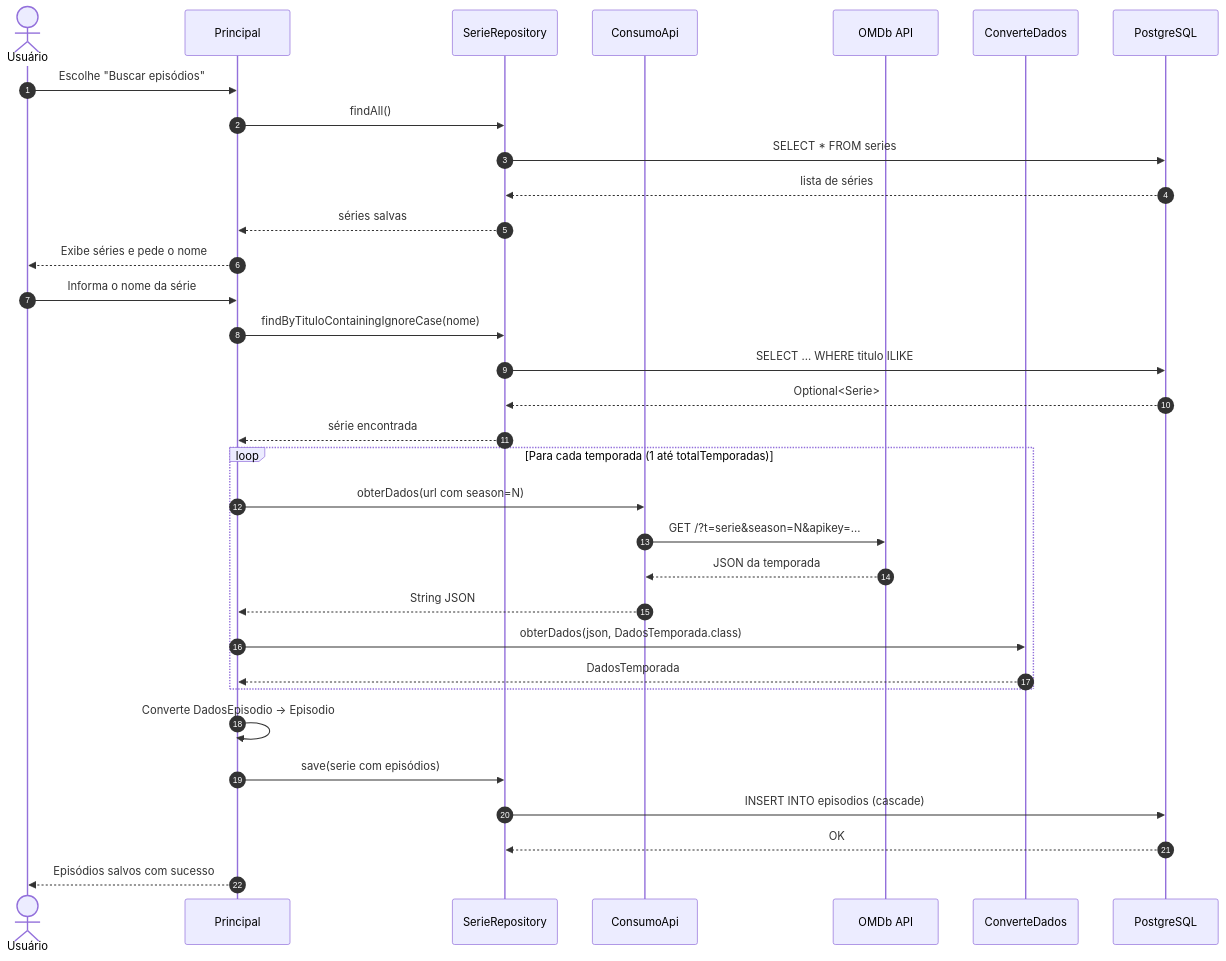
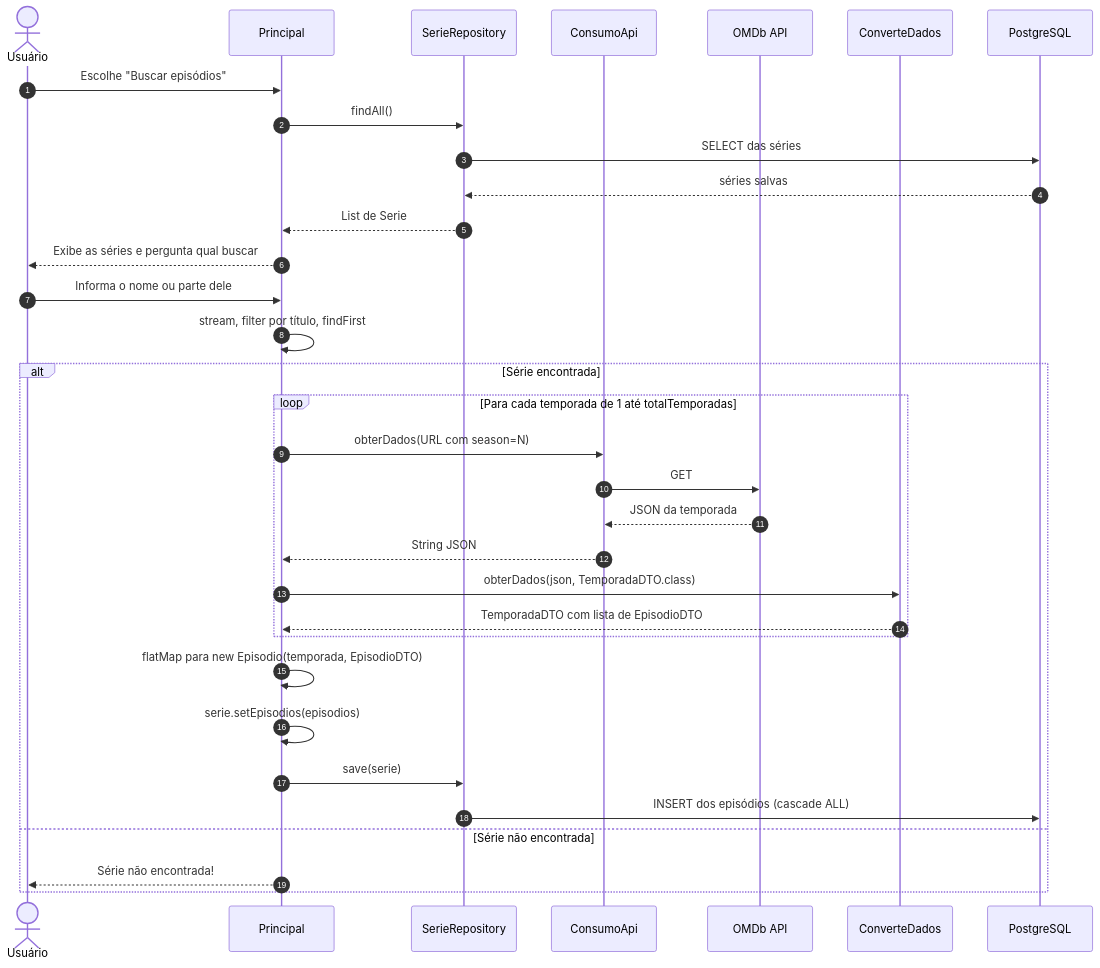
Before and after one commit to IgorPedrol/Screenmatch: the fourth of 5 diagrams in README.md, drawn with Mermaid. The commit also changed other lines of this file, not shown here.

````diff
--- a/README.md
+++ b/README.md
@@ -172,39 +189,37 @@
 ```mermaid
 sequenceDiagram
     autonumber
     actor U as Usuário
     participant P as Principal
     participant R as SerieRepository
     participant C as ConsumoApi
     participant O as OMDb API
     participant V as ConverteDados
     participant DB as PostgreSQL
 
     U->>P: Escolhe "Buscar episódios"
     P->>R: findAll()
-    R->>DB: SELECT * FROM series
-    DB-->>R: lista de séries
-    R-->>P: séries salvas
-    P-->>U: Exibe séries e pede o nome
-    U->>P: Informa o nome da série
+    R->>DB: SELECT das séries
+    DB-->>R: séries salvas
+    R-->>P: List de Serie
+    P-->>U: Exibe as séries e pergunta qual buscar
+    U->>P: Informa o nome ou parte dele
+    P->>P: stream, filter por título, findFirst
 
-    P->>R: findByTituloContainingIgnoreCase(nome)
-    R->>DB: SELECT ... WHERE titulo ILIKE
-    DB-->>R: Optional<Serie>
-    R-->>P: série encontrada
-
-    loop Para cada temporada (1 até totalTemporadas)
-        P->>C: obterDados(url com season=N)
-        C->>O: GET /?t=serie&season=N&apikey=...
-        O-->>C: JSON da temporada
-        C-->>P: String JSON
-        P->>V: obterDados(json, DadosTemporada.class)
-        V-->>P: DadosTemporada
+    alt Série encontrada
+        loop Para cada temporada de 1 até totalTemporadas
+            P->>C: obterDados(URL com season=N)
+            C->>O: GET
+            O-->>C: JSON da temporada
+            C-->>P: String JSON
+            P->>V: obterDados(json, TemporadaDTO.class)
+            V-->>P: TemporadaDTO com lista de EpisodioDTO
+        end
+        P->>P: flatMap para new Episodio(temporada, EpisodioDTO)
+        P->>P: serie.setEpisodios(episodios)
+        P->>R: save(serie)
+        R->>DB: INSERT dos episódios (cascade ALL)
+    else Série não encontrada
+        P-->>U: Série não encontrada!
     end
-
-    P->>P: Converte DadosEpisodio → Episodio
-    P->>R: save(serie com episódios)
-    R->>DB: INSERT INTO episodios (cascade)
-    DB-->>R: OK
-    P-->>U: Episódios salvos com sucesso
 ```
````
